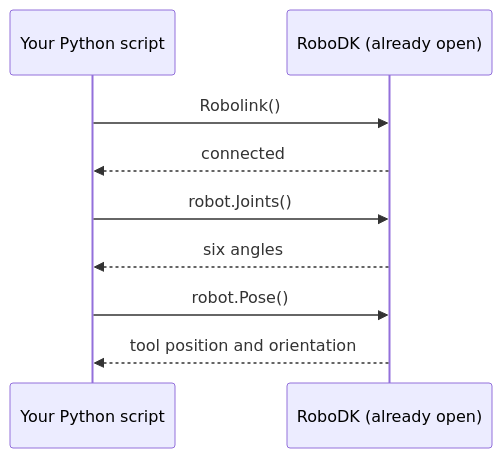
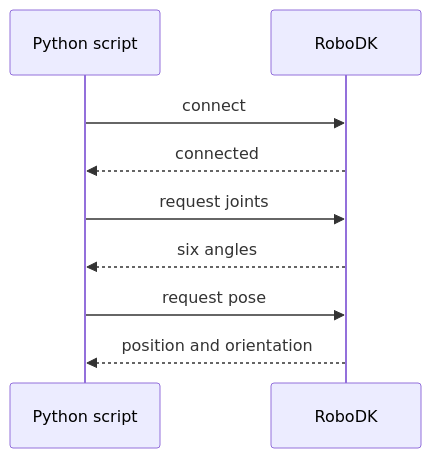
Before and after one commit to cggs-matthew-pham/cggs-digital-tutorials: the first of 2 diagrams in robodk/01-meet-the-arm.md, drawn with Mermaid. The commit also changed other lines of this file, not shown here.

````diff
--- a/robodk/01-meet-the-arm.md
+++ b/robodk/01-meet-the-arm.md
@@ -45,11 +45,11 @@
 ```mermaid
 sequenceDiagram
-    participant Py as Your Python script
-    participant RDK as RoboDK (already open)
-    Py->>RDK: Robolink()
+    participant Py as Python script
+    participant RDK as RoboDK
+    Py->>RDK: connect
     RDK-->>Py: connected
-    Py->>RDK: robot.Joints()
+    Py->>RDK: request joints
     RDK-->>Py: six angles
-    Py->>RDK: robot.Pose()
-    RDK-->>Py: tool position and orientation
+    Py->>RDK: request pose
+    RDK-->>Py: position and orientation
 ```
````
